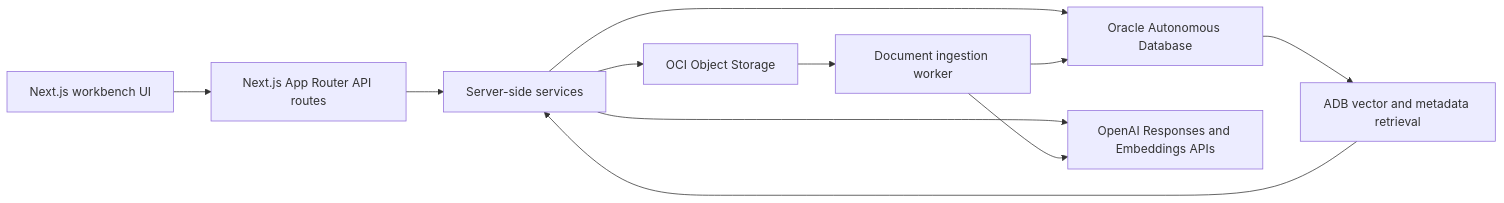
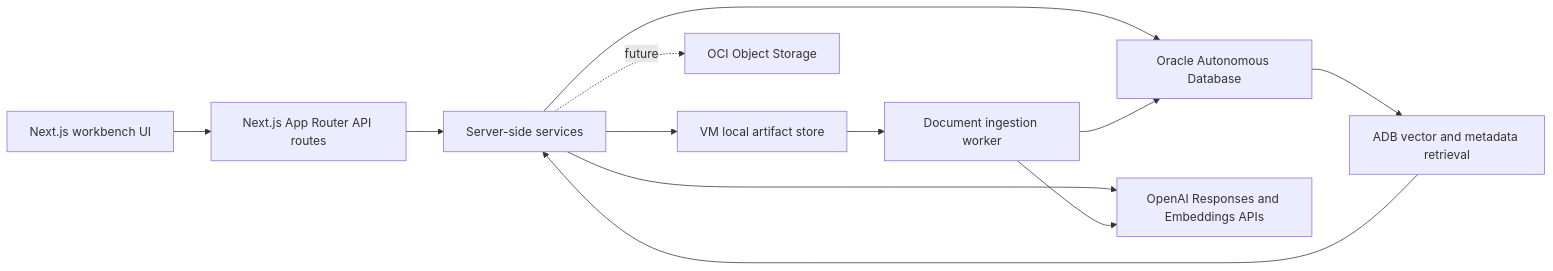
Before and after one commit to nitinvengurlekar/oracle-architecture-arena: the diagram in docs/deployment/persistence-rag-design.md, drawn with Mermaid. The commit also changed other lines of this file and 2 other files, not shown here.

````diff
--- a/docs/deployment/persistence-rag-design.md
+++ b/docs/deployment/persistence-rag-design.md
@@ -22,13 +22,14 @@
 ```mermaid
 flowchart LR
   UI["Next.js workbench UI"] --> API["Next.js App Router API routes"]
   API --> Services["Server-side services"]
   Services --> ADB["Oracle Autonomous Database"]
   Services --> OpenAI["OpenAI Responses and Embeddings APIs"]
-  Services --> ObjectStorage["OCI Object Storage"]
-  ObjectStorage --> Ingest["Document ingestion worker"]
+  Services --> FileStore["VM local artifact store"]
+  FileStore --> Ingest["Document ingestion worker"]
+  Services -. "future" .-> ObjectStorage["OCI Object Storage"]
   Ingest --> OpenAI
   Ingest --> ADB
   ADB --> Retrieval["ADB vector and metadata retrieval"]
   Retrieval --> Services
 ```
````
